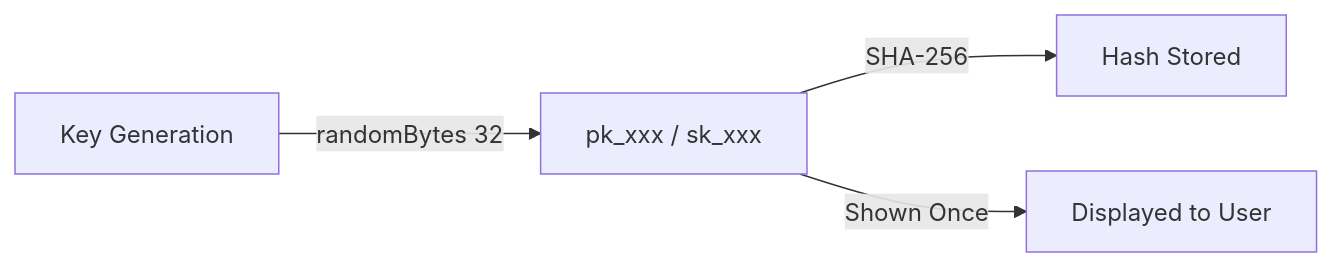
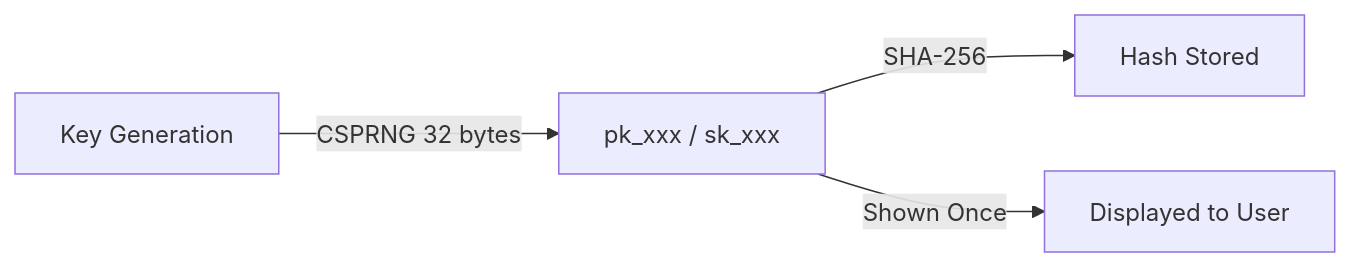
The first of 2 diagrams in en/security/02-api-keys.md (popup-studio-ai/bkend-docs), drawn with Mermaid before and after one commit. The commit also changed other lines of this file and 424 other files, not shown here.

````diff
--- a/en/security/02-api-keys.md
+++ b/en/security/02-api-keys.md
@@ -54,6 +54,6 @@
 ```mermaid
 flowchart LR
-    A[Key Generation] -->|randomBytes 32| B["pk_xxx / sk_xxx"]
+    A[Key Generation] -->|CSPRNG 32 bytes| B["pk_xxx / sk_xxx"]
     B -->|SHA-256| C[Hash Stored]
     B -->|Shown Once| D[Displayed to User]
 ```
````
